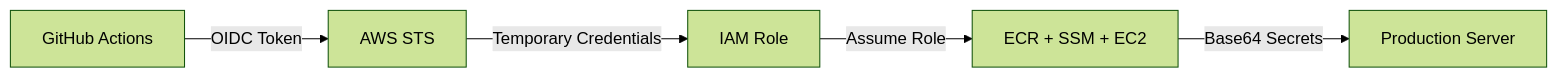
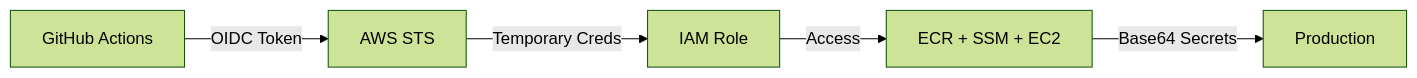
The third of 3 diagrams in DEVOPS.md (swapnil29032000/sdsdsd), drawn with Mermaid (forest theme) before and after one commit. The commit also changed other lines of this file and 3 other files, not shown here.

````diff
--- a/DEVOPS.md
+++ b/DEVOPS.md
@@ -118,7 +158,7 @@
 ```mermaid
 graph LR
     A[GitHub Actions] -->|OIDC Token| B[AWS STS]
-    B -->|Temporary Credentials| C[IAM Role]
-    C -->|Assume Role| D[ECR + SSM + EC2]
-    D -->|Base64 Secrets| E[Production Server]
+    B -->|Temporary Creds| C[IAM Role]
+    C -->|Access| D[ECR + SSM + EC2]
+    D -->|Base64 Secrets| E[Production]
 ```
````
